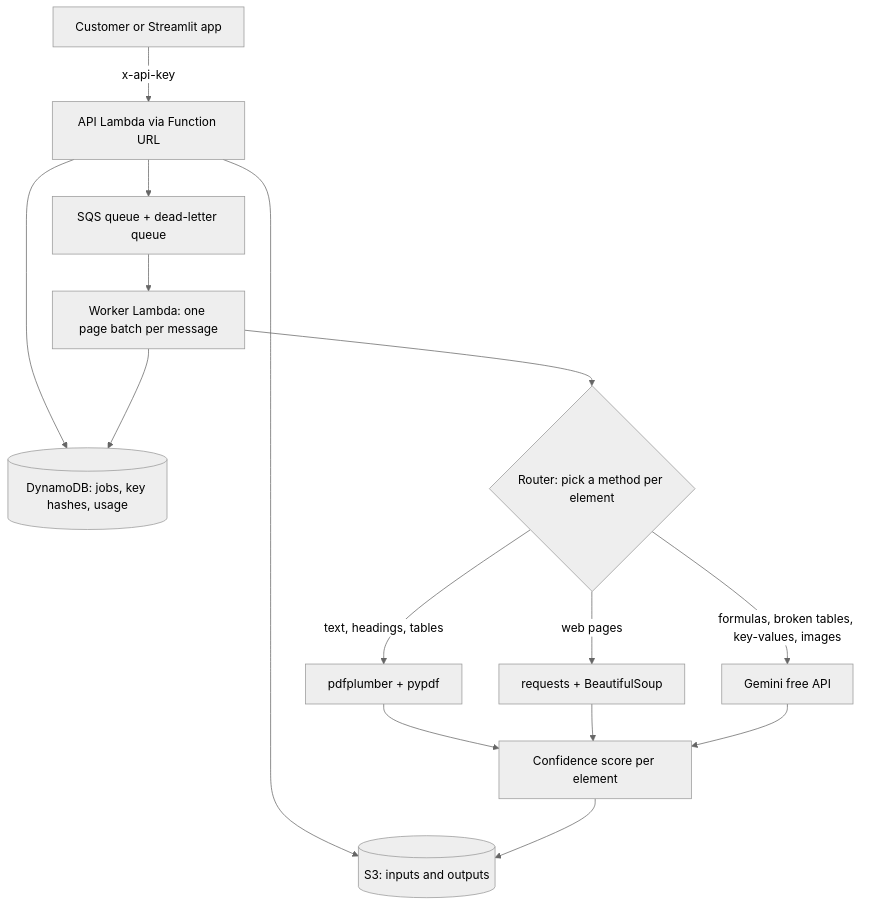
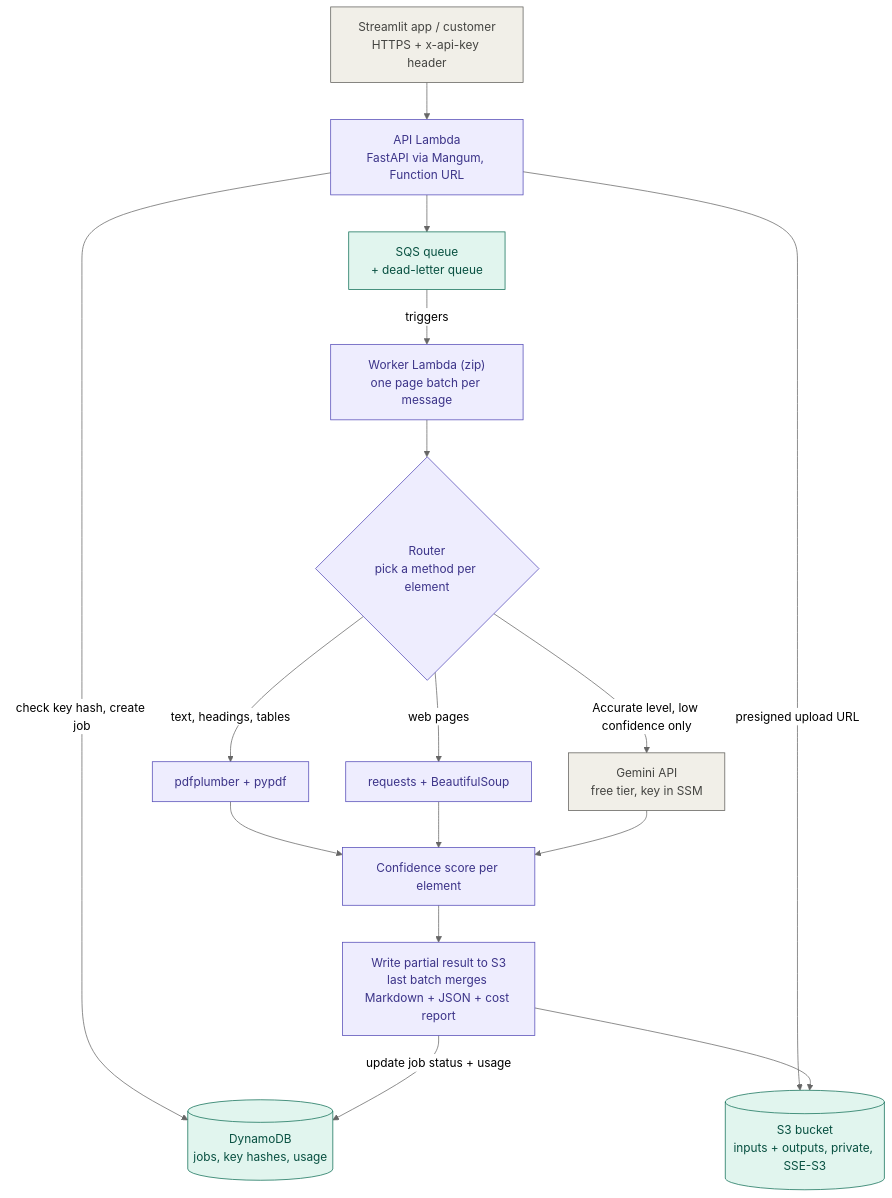
The diagram in design_note.md (jencyviyagappanamalraj-wq/scope2-extraction-service), drawn with Mermaid (neutral theme) before and after one commit. The commit also changed other lines of this file, not shown here.

Commit message:
Add design note v1 with architecture diagram

````diff
--- a/design_note.md
+++ b/design_note.md
@@ -7,17 +7,25 @@
 ```mermaid
 flowchart TD
-  A[Customer or Streamlit app] -->|x-api-key| B[API Lambda via Function URL]
-  B --> C[(DynamoDB: jobs, key hashes, usage)]
-  B --> D[(S3: inputs and outputs)]
-  B --> E[SQS queue + dead-letter queue]
-  E --> F[Worker Lambda: one page batch per message]
-  F --> G{Router: pick a method per element}
-  G -->|text, headings, tables| H[pdfplumber + pypdf]
-  G -->|web pages| I[requests + BeautifulSoup]
-  G -->|formulas, broken tables, key-values, images| J[Gemini free API]
-  H --> K[Confidence score per element]
+  A["Streamlit app / customer<br/>HTTPS + x-api-key header"] --> B["API Lambda<br/>FastAPI via Mangum, Function URL"]
+  B -->|"check key hash, create job"| C[("DynamoDB<br/>jobs, key hashes, usage")]
+  B -->|"presigned upload URL"| D[("S3 bucket<br/>inputs + outputs, private, SSE-S3")]
+  B --> E["SQS queue<br/>+ dead-letter queue"]
+  E -->|"triggers"| F["Worker Lambda (zip)<br/>one page batch per message"]
+  F --> G{"Router<br/>pick a method per element"}
+  G -->|"text, headings, tables"| H["pdfplumber + pypdf"]
+  G -->|"web pages"| I["requests + BeautifulSoup"]
+  G -->|"Accurate level, low confidence only"| J["Gemini API<br/>free tier, key in SSM"]
+  H --> K["Confidence score per element"]
   I --> K
   J --> K
-  K --> D
-  F --> C
+  K --> L["Write partial result to S3<br/>last batch merges Markdown + JSON + cost report"]
+  L --> D
+  L -->|"update job status + usage"| C
+
+  classDef compute fill:#EEEDFE,stroke:#534AB7,color:#3C3489
+  classDef store fill:#E1F5EE,stroke:#0F6E56,color:#085041
+  classDef ext fill:#F1EFE8,stroke:#5F5E5A,color:#444441
+  class B,F,G,H,I,K,L compute
+  class C,D,E store
+  class A,J ext
 ```
````
